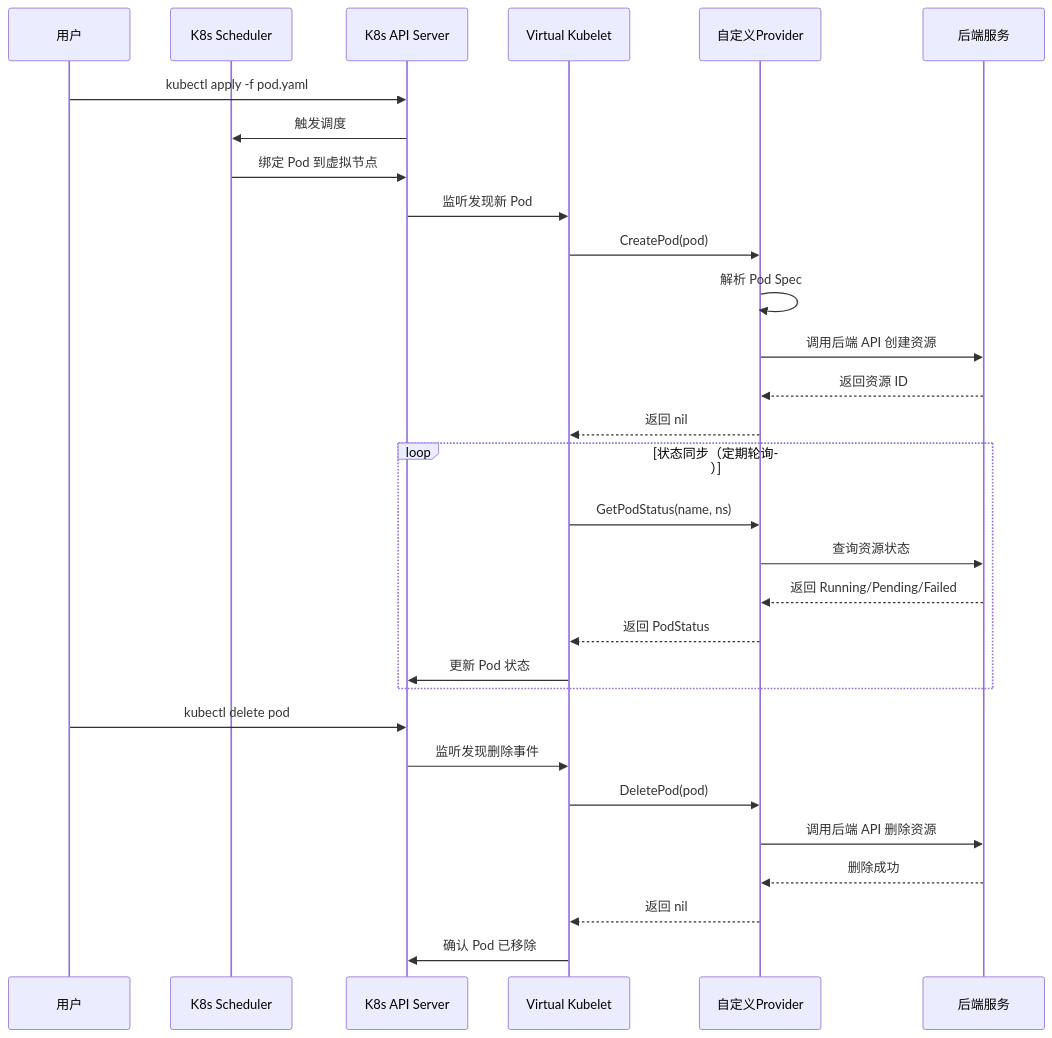
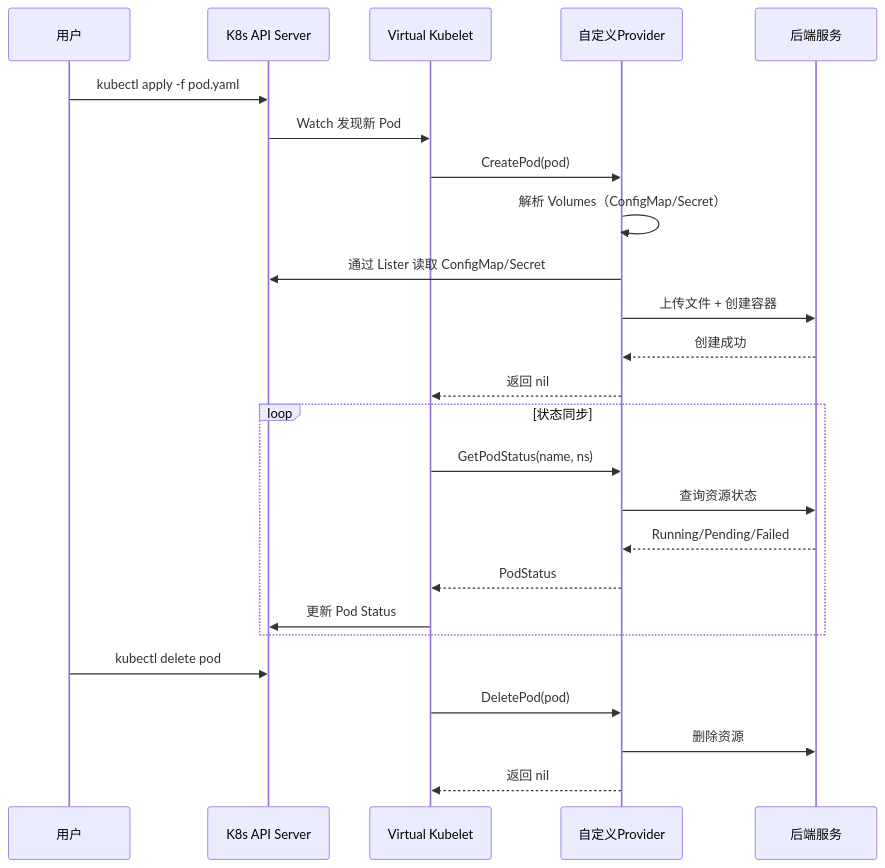
One commit to zgfh/zgfh.github.io changed the fourth of 7 diagrams in content/docs/k8s/extend/virtual-kubelet-provider.md. Above: the diagram before and after it, drawn with Mermaid. The commit also changed other lines of this file, not shown here.

````diff
--- a/content/docs/k8s/extend/virtual-kubelet-provider.md
+++ b/content/docs/k8s/extend/virtual-kubelet-provider.md
@@ -196,36 +218,31 @@
 ```mermaid
 sequenceDiagram
     participant User as 用户
-    participant Scheduler as K8s Scheduler
     participant APIServer as K8s API Server
     participant VK as Virtual Kubelet
     participant Provider as 自定义Provider
     participant Backend as 后端服务
 
     User->>APIServer: kubectl apply -f pod.yaml
-    APIServer->>Scheduler: 触发调度
-    Scheduler->>APIServer: 绑定 Pod 到虚拟节点
-    APIServer->>VK: 监听发现新 Pod
+    APIServer->>VK: Watch 发现新 Pod
 
     VK->>Provider: CreatePod(pod)
-    Provider->>Provider: 解析 Pod Spec
-    Provider->>Backend: 调用后端 API 创建资源
-    Backend-->>Provider: 返回资源 ID
+    Provider->>Provider: 解析 Volumes（ConfigMap/Secret）
+    Provider->>APIServer: 通过 Lister 读取 ConfigMap/Secret
+    Provider->>Backend: 上传文件 + 创建容器
+    Backend-->>Provider: 创建成功
     Provider-->>VK: 返回 nil
 
-    loop 状态同步（定期轮询）
+    loop 状态同步
         VK->>Provider: GetPodStatus(name, ns)
         Provider->>Backend: 查询资源状态
-        Backend-->>Provider: 返回 Running/Pending/Failed
-        Provider-->>VK: 返回 PodStatus
-        VK->>APIServer: 更新 Pod 状态
+        Backend-->>Provider: Running/Pending/Failed
+        Provider-->>VK: PodStatus
+        VK->>APIServer: 更新 Pod Status
     end
 
     User->>APIServer: kubectl delete pod
-    APIServer->>VK: 监听发现删除事件
     VK->>Provider: DeletePod(pod)
-    Provider->>Backend: 调用后端 API 删除资源
-    Backend-->>Provider: 删除成功
+    Provider->>Backend: 删除资源
     Provider-->>VK: 返回 nil
-    VK->>APIServer: 确认 Pod 已移除
 ```
````
